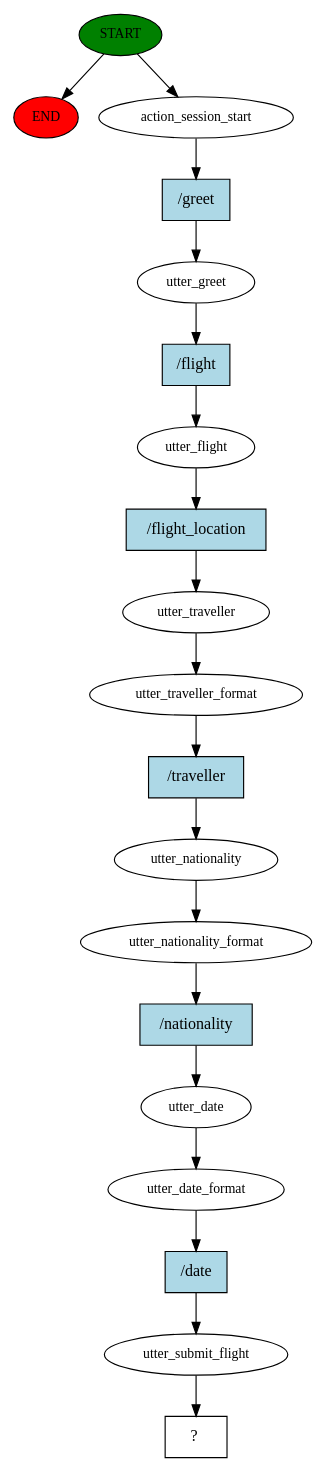
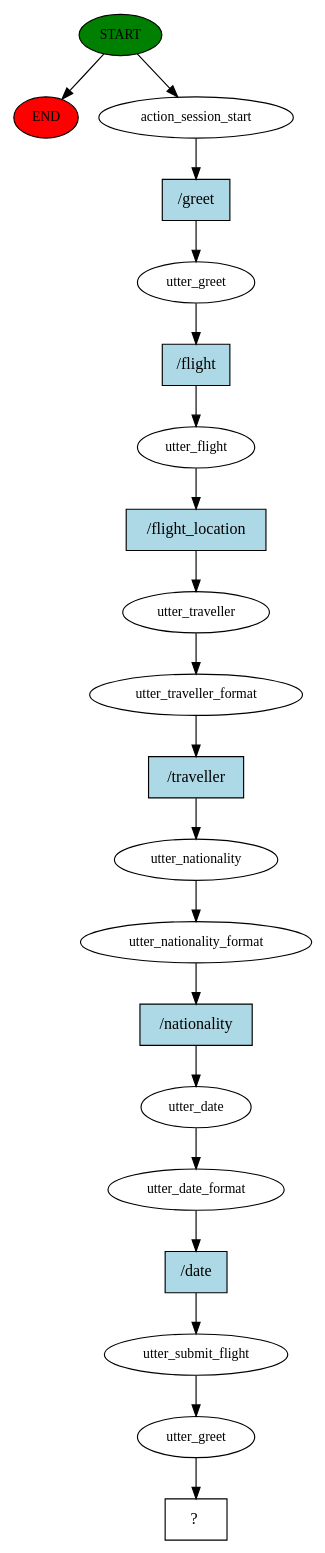
One commit to dristi-sigdel/reservation-bot changed the diagram in story_graph.dot. Above: the diagram before and after it, drawn with Graphviz. The commit also changed 1128 other files, not shown here.

```diff
--- a/story_graph.dot
+++ b/story_graph.dot
@@ -1,39 +1,41 @@
 digraph  {
 0 [class="start active", fillcolor=green, fontsize=12, label=START, style=filled];
 "-1" [class=end, fillcolor=red, fontsize=12, label=END, style=filled];
 1 [class=active, fontsize=12, label=action_session_start];
 2 [class=active, fontsize=12, label=utter_greet];
 3 [class=active, fontsize=12, label=utter_flight];
 4 [class=active, fontsize=12, label=utter_traveller];
 5 [class=active, fontsize=12, label=utter_traveller_format];
 6 [class=active, fontsize=12, label=utter_nationality];
 7 [class=active, fontsize=12, label=utter_nationality_format];
 8 [class=active, fontsize=12, label=utter_date];
 9 [class=active, fontsize=12, label=utter_date_format];
 10 [class=active, fontsize=12, label=utter_submit_flight];
-11 [class="intent dashed active", label="  ?  ", shape=rect];
-12 [class="intent active", fillcolor=lightblue, label="/greet", shape=rect, style=filled];
-13 [class="intent active", fillcolor=lightblue, label="/flight", shape=rect, style=filled];
-14 [class="intent active", fillcolor=lightblue, label="/flight_location", shape=rect, style=filled];
-15 [class="intent active", fillcolor=lightblue, label="/traveller", shape=rect, style=filled];
-16 [class="intent active", fillcolor=lightblue, label="/nationality", shape=rect, style=filled];
-17 [class="intent active", fillcolor=lightblue, label="/date", shape=rect, style=filled];
+11 [class=active, fontsize=12, label=utter_greet];
+12 [class="intent dashed active", label="  ?  ", shape=rect];
+13 [class="intent active", fillcolor=lightblue, label="/greet", shape=rect, style=filled];
+14 [class="intent active", fillcolor=lightblue, label="/flight", shape=rect, style=filled];
+15 [class="intent active", fillcolor=lightblue, label="/flight_location", shape=rect, style=filled];
+16 [class="intent active", fillcolor=lightblue, label="/traveller", shape=rect, style=filled];
+17 [class="intent active", fillcolor=lightblue, label="/nationality", shape=rect, style=filled];
+18 [class="intent active", fillcolor=lightblue, label="/date", shape=rect, style=filled];
 0 -> "-1"  [class="", key=NONE, label=""];
 0 -> 1  [class=active, key=NONE, label=""];
-1 -> 12  [class=active, key=0];
-2 -> 13  [class=active, key=0];
-3 -> 14  [class=active, key=0];
+1 -> 13  [class=active, key=0];
+2 -> 14  [class=active, key=0];
+3 -> 15  [class=active, key=0];
 4 -> 5  [class=active, key=NONE, label=""];
-5 -> 15  [class=active, key=0];
+5 -> 16  [class=active, key=0];
 6 -> 7  [class=active, key=NONE, label=""];
-7 -> 16  [class=active, key=0];
+7 -> 17  [class=active, key=0];
 8 -> 9  [class=active, key=NONE, label=""];
-9 -> 17  [class=active, key=0];
+9 -> 18  [class=active, key=0];
 10 -> 11  [class=active, key=NONE, label=""];
-12 -> 2  [class=active, key=0];
-13 -> 3  [class=active, key=0];
-14 -> 4  [class=active, key=0];
-15 -> 6  [class=active, key=0];
-16 -> 8  [class=active, key=0];
-17 -> 10  [class=active, key=0];
+11 -> 12  [class=active, key=NONE, label=""];
+13 -> 2  [class=active, key=0];
+14 -> 3  [class=active, key=0];
+15 -> 4  [class=active, key=0];
+16 -> 6  [class=active, key=0];
+17 -> 8  [class=active, key=0];
+18 -> 10  [class=active, key=0];
 }
```
